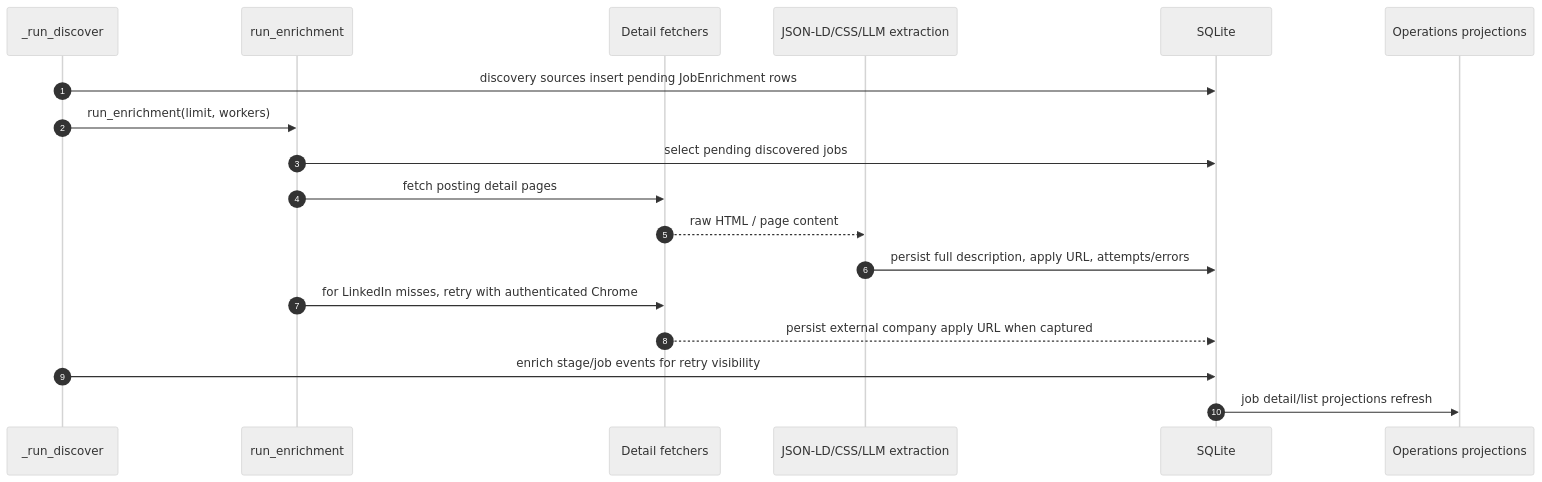
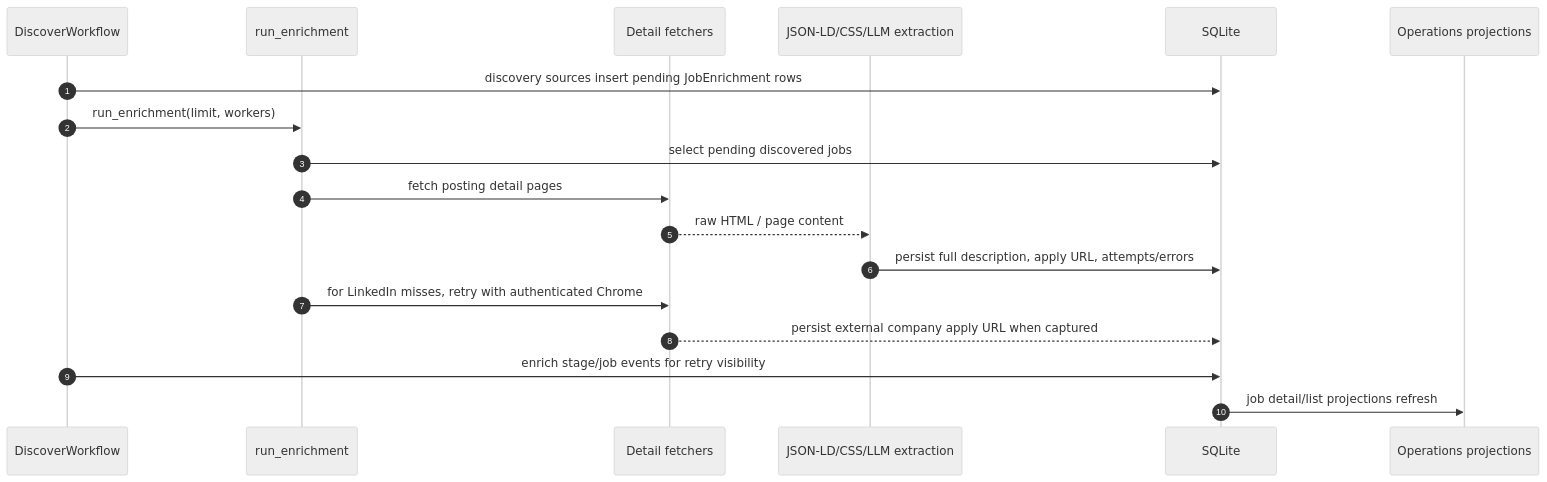
Before and after one commit to ebarti/JobCtrl: the fifth of 16 diagrams in docs/job-pipeline-architecture.md, drawn with Mermaid (neutral theme). The commit also changed other lines of this file and 27 other files, not shown here.

Commit message:
feat(discovery): decompose discover into workflow

````diff
--- a/docs/job-pipeline-architecture.md
+++ b/docs/job-pipeline-architecture.md
@@ -486,21 +504,21 @@
 ```mermaid
 sequenceDiagram
     autonumber
-    participant Runner as _run_discover
+    participant Discover as DiscoverWorkflow
     participant Detail as run_enrichment
     participant Fetcher as Detail fetchers
     participant Extractor as JSON-LD/CSS/LLM extraction
     participant DB as SQLite
     participant Ops as Operations projections
 
-    Runner->>DB: discovery sources insert pending JobEnrichment rows
-    Runner->>Detail: run_enrichment(limit, workers)
+    Discover->>DB: discovery sources insert pending JobEnrichment rows
+    Discover->>Detail: run_enrichment(limit, workers)
     Detail->>DB: select pending discovered jobs
     Detail->>Fetcher: fetch posting detail pages
     Fetcher-->>Extractor: raw HTML / page content
     Extractor->>DB: persist full description, apply URL, attempts/errors
     Detail->>Fetcher: for LinkedIn misses, retry with authenticated Chrome
     Fetcher-->>DB: persist external company apply URL when captured
-    Runner->>DB: enrich stage/job events for retry visibility
+    Discover->>DB: enrich stage/job events for retry visibility
     DB->>Ops: job detail/list projections refresh
 ```
````
